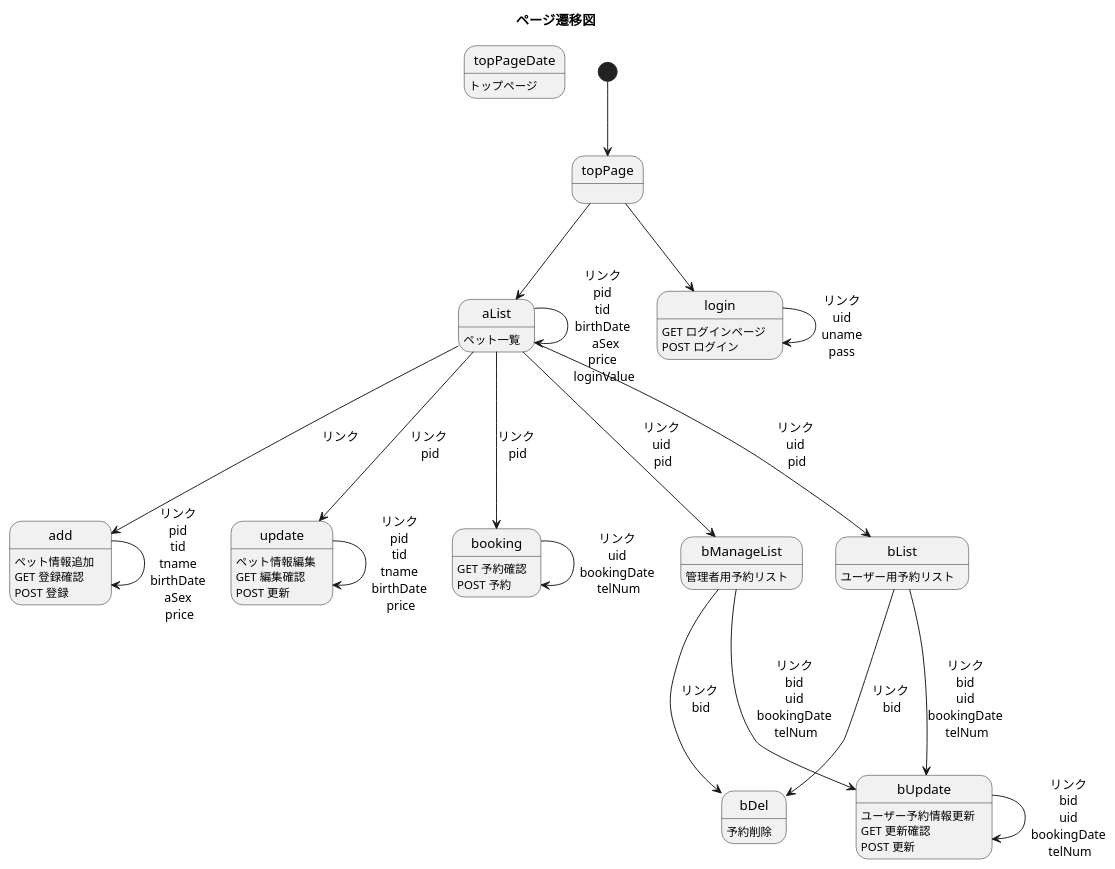
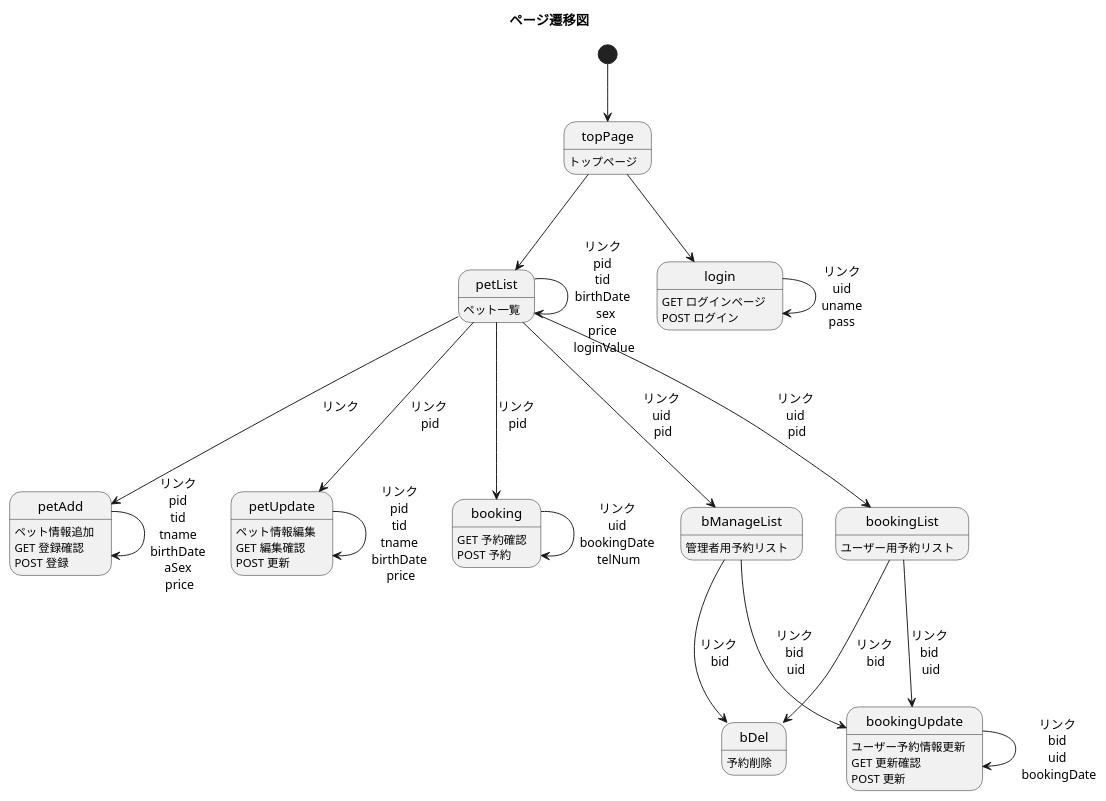
Before and after one commit to Tyamanaka07/WebSystem: the diagram in UML/screenTransitionDiagram.pu, drawn with PlantUML. The commit also changed 1 other file, not shown here.

Commit message:
画面遷移図週間

```diff
--- a/UML/screenTransitionDiagram.pu
+++ b/UML/screenTransitionDiagram.pu
@@ -1,36 +1,36 @@
 @startuml
 title ページ遷移図
 
-topPageDate : トップページ
-aList : ペット一覧
+topPage : トップページ
+petList : ペット一覧
 login : GET ログインページ \nPOST ログイン
-add : ペット情報追加 \nGET 登録確認 \nPOST 登録
-update : ペット情報編集 \nGET 編集確認 \nPOST 更新
+petAdd : ペット情報追加 \nGET 登録確認 \nPOST 登録
+petUpdate : ペット情報編集 \nGET 編集確認 \nPOST 更新
 booking : GET 予約確認\nPOST 予約
 bDel : 予約削除
-bUpdate : ユーザー予約情報更新 \nGET 更新確認 \nPOST 更新
-bList : ユーザー用予約リスト
+bookingUpdate : ユーザー予約情報更新 \nGET 更新確認 \nPOST 更新
+bookingList : ユーザー用予約リスト
 bManageList : 管理者用予約リスト
 
 
 [*] --> topPage
-topPage --> aList
+topPage --> petList
 topPage --> login
 login --> login : リンク\nuid\nuname\npass
-aList --> add : リンク \n
-add --> add : リンク \npid \ntid \ntname \nbirthDate \naSex \nprice
-aList --> booking : リンク \npid
+petList --> petAdd : リンク \n
+petAdd --> petAdd : リンク \npid \ntid \ntname \nbirthDate \naSex \nprice
+petList --> booking : リンク \npid
 booking --> booking : リンク \nuid \nbookingDate \ntelNum
-aList --> bList : リンク \nuid \npid
-bList --> bDel : リンク \nbid
-aList --> bManageList : リンク \nuid \npid
+petList --> bookingList : リンク \nuid \npid
+bookingList --> bDel : リンク \nbid
+petList --> bManageList : リンク \nuid \npid
 bManageList --> bDel : リンク \nbid
-aList --> aList : リンク \npid \ntid \nbirthDate \n aSex\nprice \nloginValue
-aList --> update : リンク \npid
-update --> update : リンク \npid \ntid \ntname \nbirthDate \nprice
-bList --> bUpdate : リンク \nbid \nuid \nbookingDate \ntelNum
-bManageList --> bUpdate : リンク \nbid \nuid \nbookingDate \ntelNum
-bUpdate --> bUpdate : リンク \nbid \nuid \nbookingDate \ntelNum
+petList --> petList : リンク \npid \ntid \nbirthDate \n sex\nprice \nloginValue
+petList --> petUpdate : リンク \npid
+petUpdate --> petUpdate : リンク \npid \ntid \ntname \nbirthDate \nprice
+bookingList --> bookingUpdate : リンク \nbid \nuid
+bManageList --> bookingUpdate : リンク \nbid \nuid
+bookingUpdate --> bookingUpdate : リンク \nbid \nuid \nbookingDate
 
 
 @enduml
```
